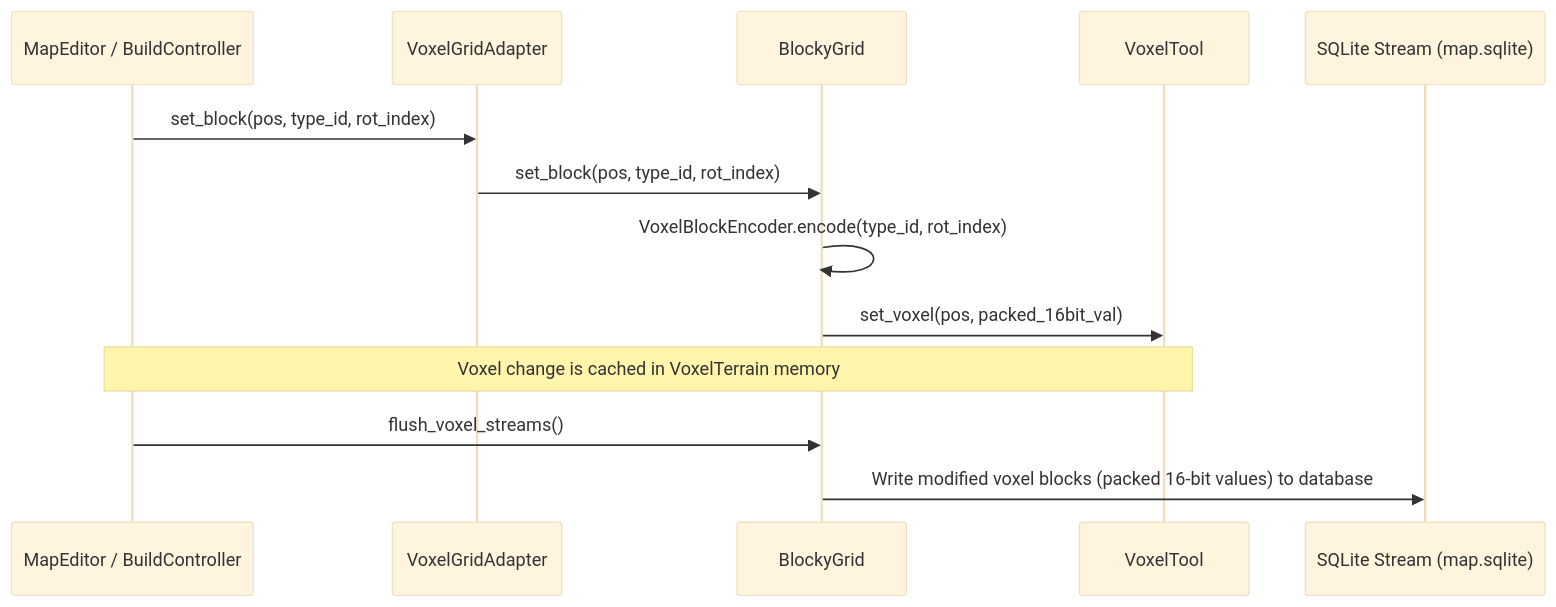
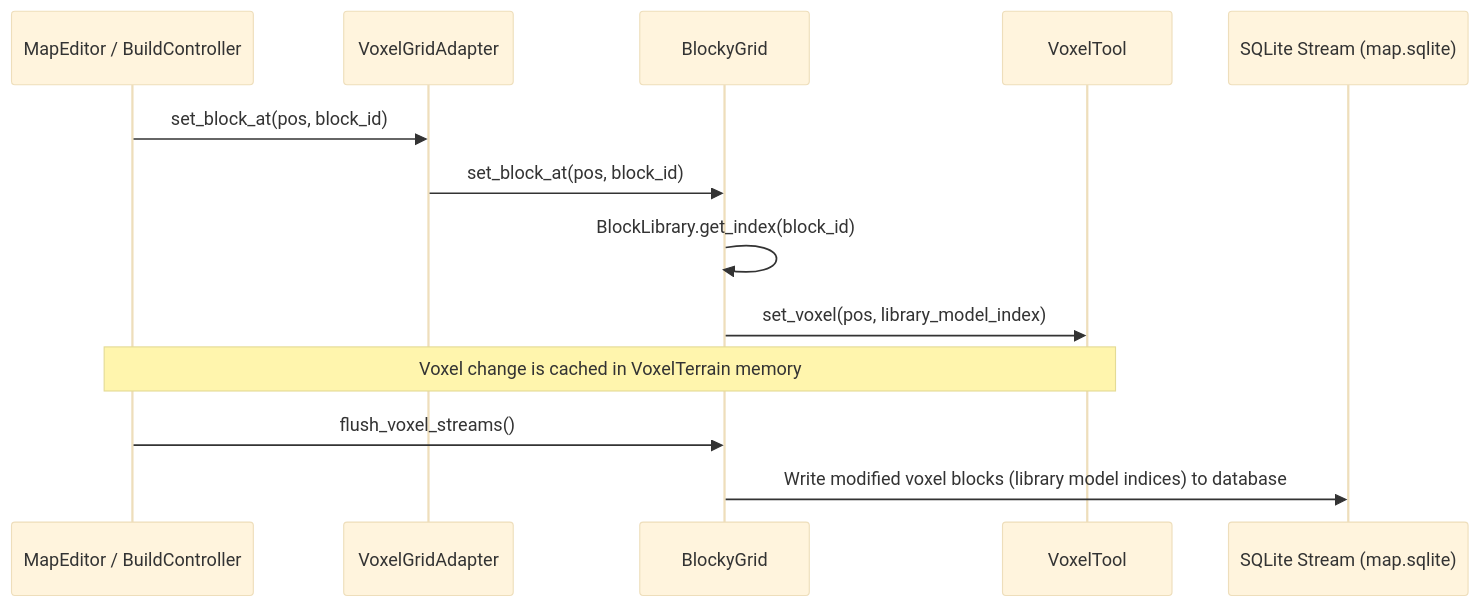
One commit to gdgonzaga/vek-holdout changed the first of 2 diagrams in docs/architecture/voxel-world.md. Above: the diagram before and after it, drawn with Mermaid (base theme). The commit also changed other lines of this file and 10 other files, not shown here.

````diff
--- a/docs/architecture/voxel-world.md
+++ b/docs/architecture/voxel-world.md
@@ -235,16 +237,16 @@
 ```mermaid
 sequenceDiagram
     participant Editor as MapEditor / BuildController
     participant Adapter as VoxelGridAdapter
     participant Grid as BlockyGrid
     participant VTool as VoxelTool
     participant DB as SQLite Stream (map.sqlite)
 
-    Editor->>Adapter: set_block(pos, type_id, rot_index)
-    Adapter->>Grid: set_block(pos, type_id, rot_index)
-    Grid->>Grid: VoxelBlockEncoder.encode(type_id, rot_index)
-    Grid->>VTool: set_voxel(pos, packed_16bit_val)
+    Editor->>Adapter: set_block_at(pos, block_id)
+    Adapter->>Grid: set_block_at(pos, block_id)
+    Grid->>Grid: BlockLibrary.get_index(block_id)
+    Grid->>VTool: set_voxel(pos, library_model_index)
     Note over Editor,VTool: Voxel change is cached in VoxelTerrain memory
     Editor->>Grid: flush_voxel_streams()
-    Grid->>DB: Write modified voxel blocks (packed 16-bit values) to database
+    Grid->>DB: Write modified voxel blocks (library model indices) to database
 ```
````
